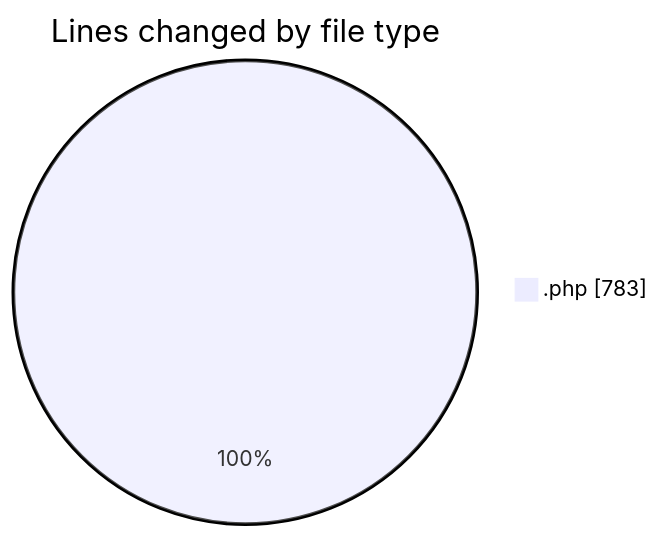
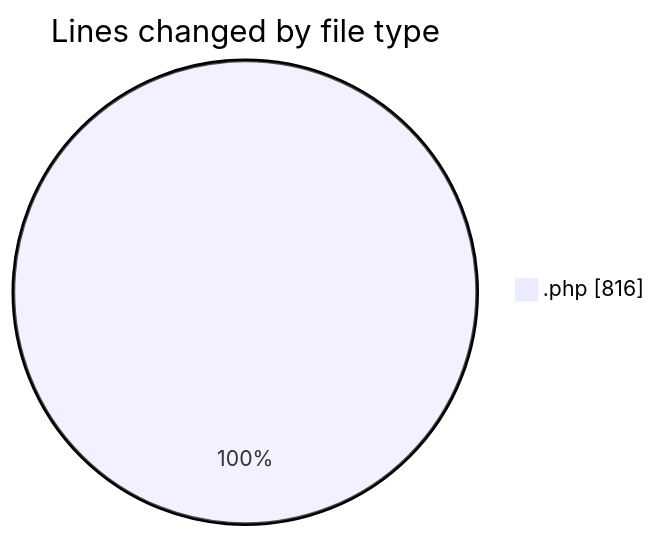
Before and after one commit to idhammustaqopulfikri/code-tracking: the first of 2 diagrams in 2025-06-18/studio-backend/README.md, drawn with Mermaid. The commit also changed other lines of this file and 1 other file, not shown here.

````diff
--- a/2025-06-18/studio-backend/README.md
+++ b/2025-06-18/studio-backend/README.md
@@ -22,5 +22,5 @@
 ```mermaid
 pie showData
 title Lines changed by file type
-".php" : 783
+".php" : 816
 ```
````
